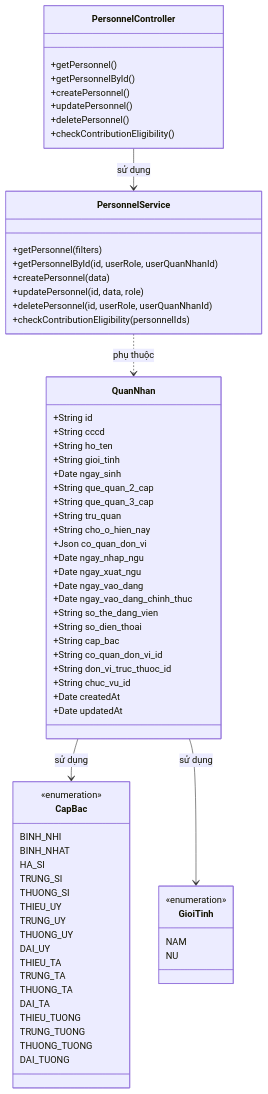
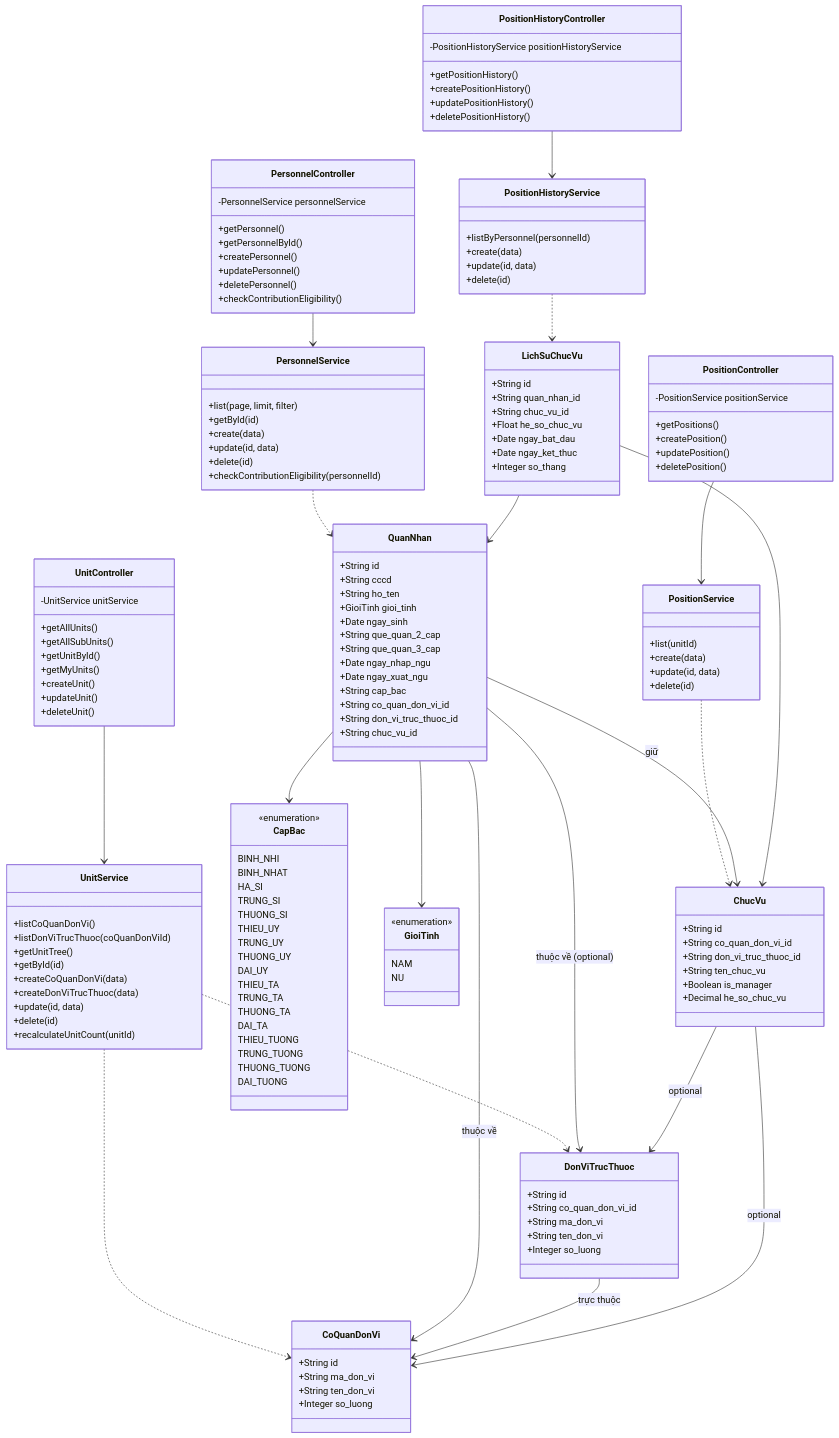
The first of 10 diagrams in docs/diagrams/04-class.md (tranducbk/DATN_PM_QLKT), drawn with Mermaid before and after one commit. The commit also changed other lines of this file and 69 other files, not shown here.

````diff
--- a/docs/diagrams/04-class.md
+++ b/docs/diagrams/04-class.md
@@ -20,25 +35,50 @@
         +String id
         +String cccd
         +String ho_ten
-        +String gioi_tinh
+        +GioiTinh gioi_tinh
         +Date ngay_sinh
         +String que_quan_2_cap
         +String que_quan_3_cap
-        +String tru_quan
-        +String cho_o_hien_nay
-        +Json co_quan_don_vi
         +Date ngay_nhap_ngu
         +Date ngay_xuat_ngu
-        +Date ngay_vao_dang
-        +Date ngay_vao_dang_chinh_thuc
-        +String so_the_dang_vien
-        +String so_dien_thoai
         +String cap_bac
         +String co_quan_don_vi_id
         +String don_vi_truc_thuoc_id
         +String chuc_vu_id
-        +Date createdAt
-        +Date updatedAt
+    }
+
+    class CoQuanDonVi {
+        +String id
+        +String ma_don_vi
+        +String ten_don_vi
+        +Integer so_luong
+    }
+
+    class DonViTrucThuoc {
+        +String id
+        +String co_quan_don_vi_id
+        +String ma_don_vi
+        +String ten_don_vi
+        +Integer so_luong
+    }
+
+    class ChucVu {
+        +String id
+        +String co_quan_don_vi_id
+        +String don_vi_truc_thuoc_id
+        +String ten_chuc_vu
+        +Boolean is_manager
+        +Decimal he_so_chuc_vu
+    }
+
+    class LichSuChucVu {
+        +String id
+        +String quan_nhan_id
+        +String chuc_vu_id
+        +Float he_so_chuc_vu
+        +Date ngay_bat_dau
+        +Date ngay_ket_thuc
+        +Integer so_thang
     }
 
     class CapBac {
@@ -69,6 +109,7 @@
     }
 
     class PersonnelController {
+        -PersonnelService personnelService
         +getPersonnel()
         +getPersonnelById()
         +createPersonnel()
@@ -78,16 +119,86 @@
     }
 
     class PersonnelService {
-        +getPersonnel(filters)
-        +getPersonnelById(id, userRole, userQuanNhanId)
-        +createPersonnel(data)
-        +updatePersonnel(id, data, role)
-        +deletePersonnel(id, userRole, userQuanNhanId)
-        +checkContributionEligibility(personnelIds)
+        +list(page, limit, filter)
+        +getById(id)
+        +create(data)
+        +update(id, data)
+        +delete(id)
+        +checkContributionEligibility(personnelId)
     }
 
-    QuanNhan --> CapBac : sử dụng
-    QuanNhan --> GioiTinh : sử dụng
-    PersonnelController --> PersonnelService : sử dụng
-    PersonnelService ..> QuanNhan : phụ thuộc
+    class UnitController {
+        -UnitService unitService
+        +getAllUnits()
+        +getAllSubUnits()
+        +getUnitById()
+        +getMyUnits()
+        +createUnit()
+        +updateUnit()
+        +deleteUnit()
+    }
+
+    class UnitService {
+        +listCoQuanDonVi()
+        +listDonViTrucThuoc(coQuanDonViId)
+        +getUnitTree()
+        +getById(id)
+        +createCoQuanDonVi(data)
+        +createDonViTrucThuoc(data)
+        +update(id, data)
+        +delete(id)
+        +recalculateUnitCount(unitId)
+    }
+
+    class PositionController {
+        -PositionService positionService
+        +getPositions()
+        +createPosition()
+        +updatePosition()
+        +deletePosition()
+    }
+
+    class PositionService {
+        +list(unitId)
+        +create(data)
+        +update(id, data)
+        +delete(id)
+    }
+
+    class PositionHistoryController {
+        -PositionHistoryService positionHistoryService
+        +getPositionHistory()
+        +createPositionHistory()
+        +updatePositionHistory()
+        +deletePositionHistory()
+    }
+
+    class PositionHistoryService {
+        +listByPersonnel(personnelId)
+        +create(data)
+        +update(id, data)
+        +delete(id)
+    }
+
+    PersonnelController --> PersonnelService
+    UnitController --> UnitService
+    PositionController --> PositionService
+    PositionHistoryController --> PositionHistoryService
+
+    PersonnelService ..> QuanNhan
+    UnitService ..> CoQuanDonVi
+    UnitService ..> DonViTrucThuoc
+    PositionService ..> ChucVu
+    PositionHistoryService ..> LichSuChucVu
+
+    QuanNhan --> CoQuanDonVi : thuộc về
+    QuanNhan --> DonViTrucThuoc : thuộc về (optional)
+    QuanNhan --> ChucVu : giữ
+    QuanNhan --> GioiTinh
+    QuanNhan --> CapBac
+    DonViTrucThuoc --> CoQuanDonVi : trực thuộc
+    ChucVu --> CoQuanDonVi : optional
+    ChucVu --> DonViTrucThuoc : optional
+    LichSuChucVu --> QuanNhan
+    LichSuChucVu --> ChucVu
 ```
````
